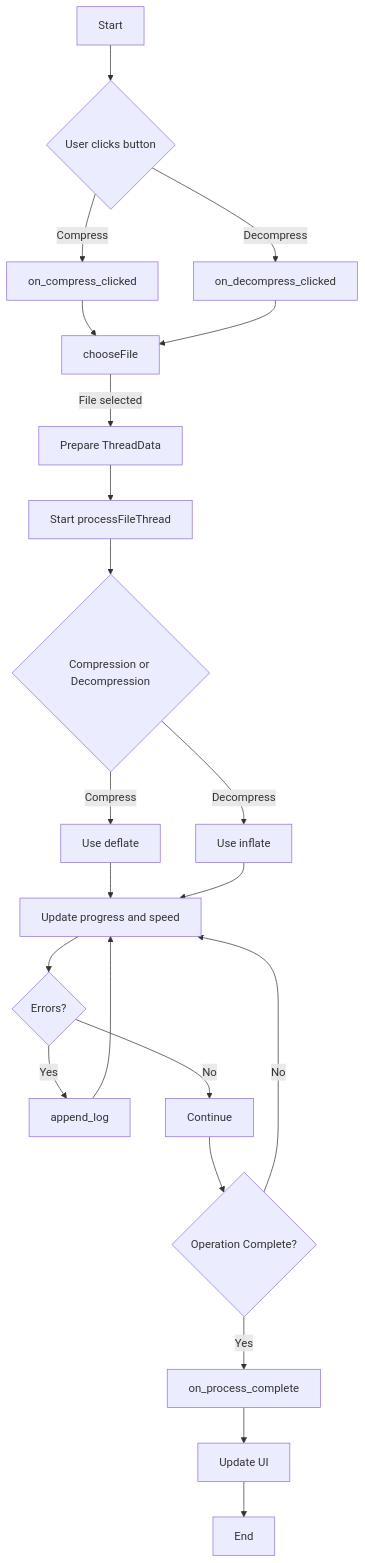
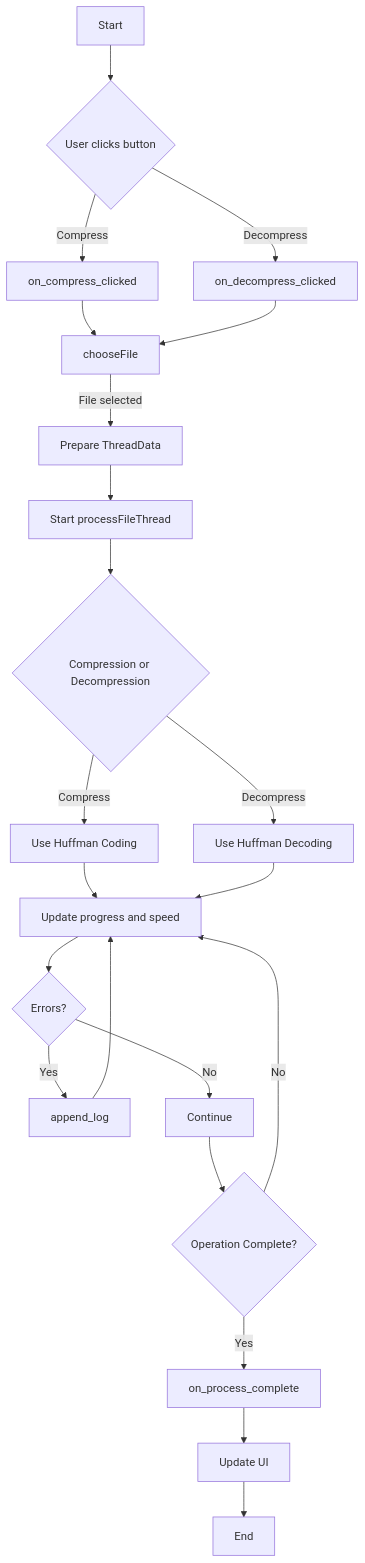
Before and after one commit to kangeunchan/tools-compress-angel: the diagram in document.md, drawn with Mermaid. The commit also changed other lines of this file and 1 other file, not shown here.

````diff
--- a/document.md
+++ b/document.md
@@ -54,24 +71,24 @@
 ```mermaid
 flowchart TD
     A[Start] --> B{User clicks button}
     B -->|Compress| C[on_compress_clicked]
     B -->|Decompress| D[on_decompress_clicked]
     C --> E[chooseFile]
     D --> E[chooseFile]
     E -->|File selected| F[Prepare ThreadData]
     F --> G[Start processFileThread]
     G --> H{Compression or Decompression}
-    H -->|Compress| I[Use deflate]
-    H -->|Decompress| J[Use inflate]
+    H -->|Compress| I[Use Huffman Coding]
+    H -->|Decompress| J[Use Huffman Decoding]
     I --> K[Update progress and speed]
     J --> K[Update progress and speed]
     K --> L{Errors?}
     L -->|Yes| M[append_log]
     L -->|No| N[Continue]
     M --> K
     N --> O{Operation Complete?}
     O -->|No| K
     O -->|Yes| P[on_process_complete]
     P --> Q[Update UI]
     Q --> R[End]
 ```
````
